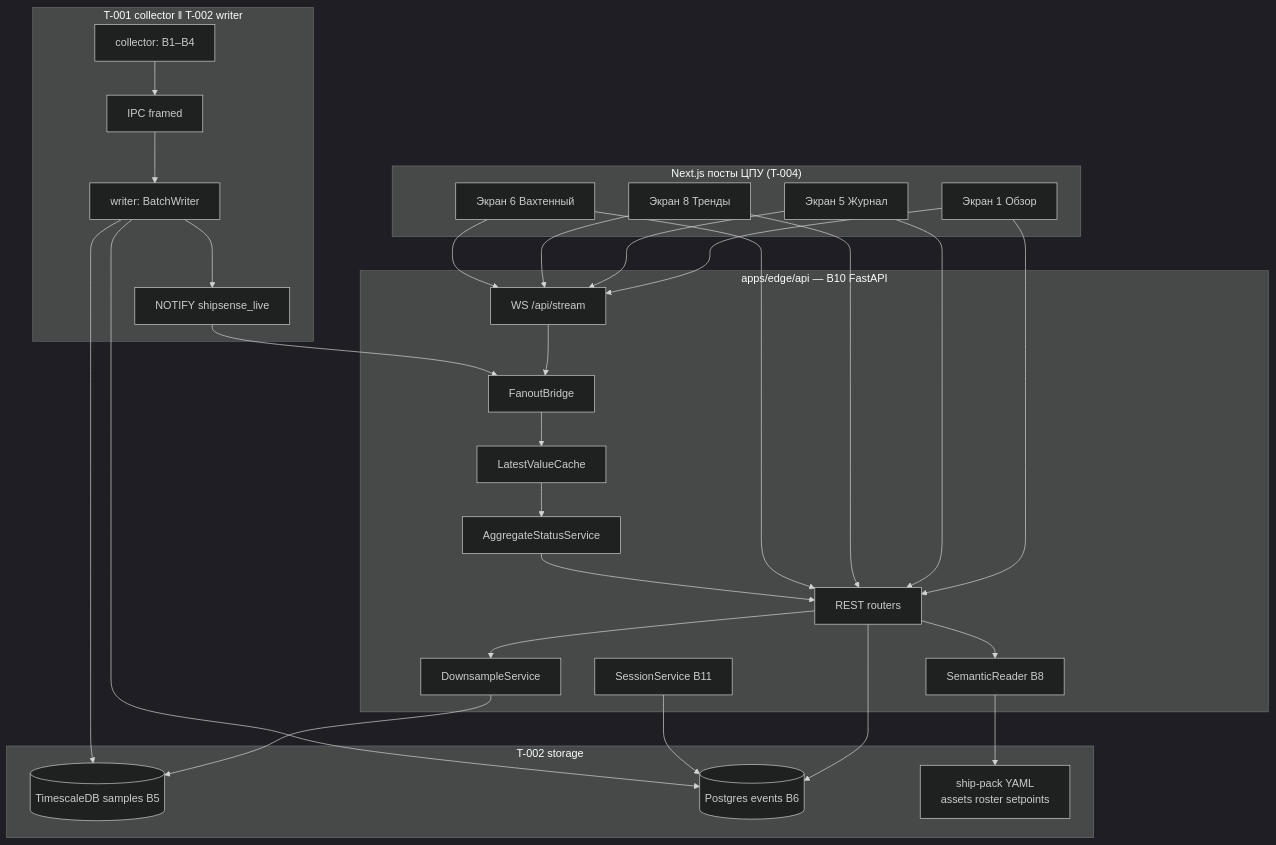
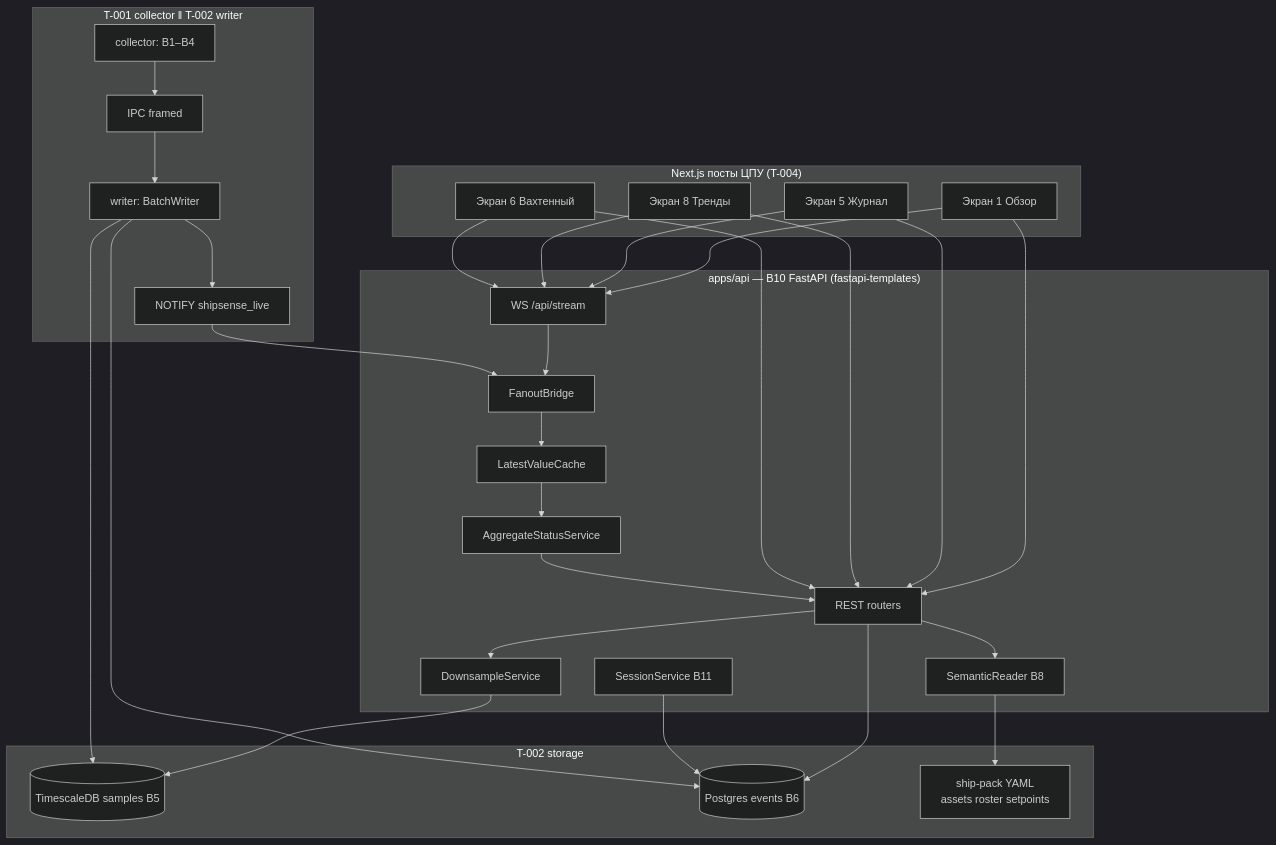
The first of 4 diagrams in memory-bank/back/plan/plan-v1-p1-api.md (aeroalgo/ship-sense), drawn with Mermaid (dark theme) before and after one commit. The commit also changed other lines of this file and 801 other files, not shown here.

````diff
--- a/memory-bank/back/plan/plan-v1-p1-api.md
+++ b/memory-bank/back/plan/plan-v1-p1-api.md
@@ -61,48 +61,48 @@
 ```mermaid
 flowchart TB
   subgraph clients["Next.js посты ЦПУ (T-004)"]
     UI1["Экран 1 Обзор"]
     UI5["Экран 5 Журнал"]
     UI8["Экран 8 Тренды"]
     UI6["Экран 6 Вахтенный"]
   end
 
-  subgraph api["apps/edge/api — B10 FastAPI"]
+  subgraph api["apps/api — B10 FastAPI (fastapi-templates)"]
     R["REST routers"]
     WS["WS /api/stream"]
     SESS["SessionService B11"]
     DS["DownsampleService"]
     SEM["SemanticReader B8"]
     FAN["FanoutBridge"]
     LVC["LatestValueCache"]
     AGG["AggregateStatusService"]
   end
 
   subgraph data["T-002 storage"]
     TS[("TimescaleDB samples B5")]
     EV[("Postgres events B6")]
     CFG["ship-pack YAML\nassets roster setpoints"]
   end
 
   subgraph upstream["T-001 collector ‖ T-002 writer"]
     COL["collector: B1–B4"]
     WR["writer: BatchWriter"]
     IPC["IPC framed"]
     NT["NOTIFY shipsense_live"]
   end
 
   UI1 & UI5 & UI8 & UI6 --> R
   UI1 & UI5 & UI8 & UI6 --> WS
   R --> DS --> TS
   R --> EV
   R --> SEM --> CFG
   SESS --> EV
   WS --> FAN
   COL --> IPC --> WR
   WR --> TS
   WR --> EV
   WR --> NT --> FAN
   FAN --> LVC
   LVC --> AGG
   AGG --> R
 ```
````
